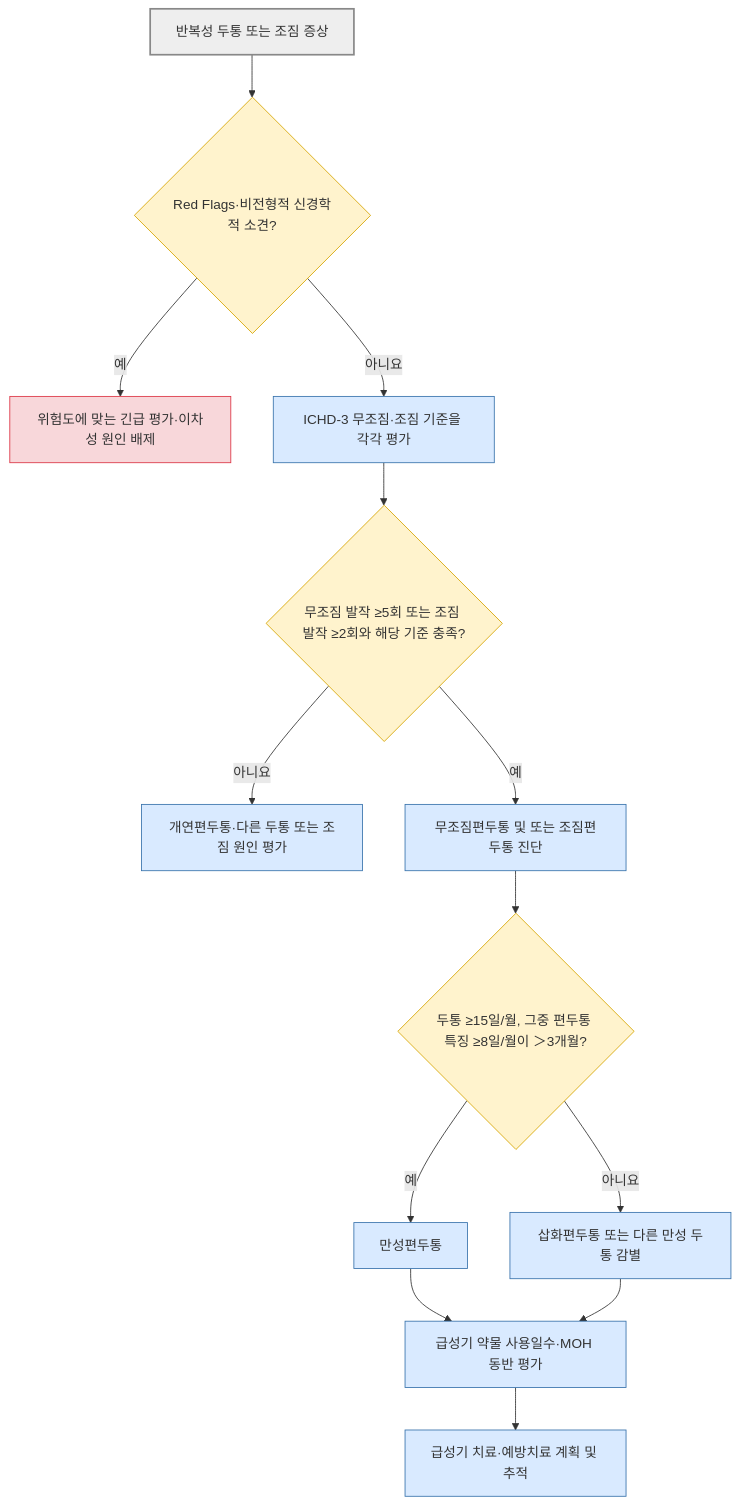
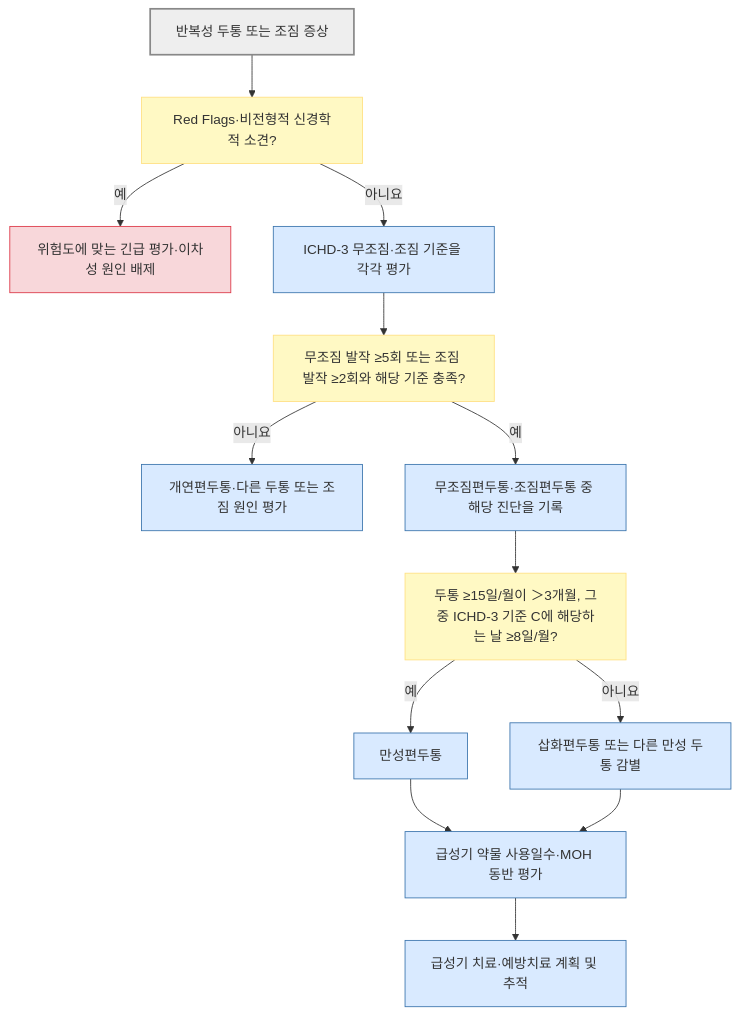
The first of 2 diagrams in 221_/016_-migraine.md (familyoh77/familyoh77), drawn with Mermaid before and after one commit. The commit also changed other lines of this file, not shown here.

````diff
--- a/221_/016_-migraine.md
+++ b/221_/016_-migraine.md
@@ -186,23 +190,22 @@
 ```mermaid
 flowchart TD
-    A["반복성 두통 또는 조짐 증상"] --> B{"Red Flags·비전형적 신경학적 소견?"}
+    A["반복성 두통 또는 조짐 증상"] --> B["Red Flags·비전형적 신경학적 소견?"]
     B -- "예" --> C["위험도에 맞는 긴급 평가·이차성 원인 배제"]
     B -- "아니요" --> D["ICHD-3 무조짐·조짐 기준을 각각 평가"]
-    D --> E{"무조짐 발작 ≥5회 또는 조짐 발작 ≥2회와 해당 기준 충족?"}
+    D --> E["무조짐 발작 ≥5회 또는 조짐 발작 ≥2회와 해당 기준 충족?"]
     E -- "아니요" --> F["개연편두통·다른 두통 또는 조짐 원인 평가"]
-    E -- "예" --> G["무조짐편두통 및 또는 조짐편두통 진단"]
-    G --> H{"두통 ≥15일/월, 그중 편두통 특징 ≥8일/월이 ＞3개월?"}
+    E -- "예" --> G["무조짐편두통·조짐편두통 중 해당 진단을 기록"]
+    G --> H["두통 ≥15일/월이 ＞3개월, 그중 ICHD-3 기준 C에 해당하는 날 ≥8일/월?"]
     H -- "예" --> I["만성편두통"]
     H -- "아니요" --> J["삽화편두통 또는 다른 만성 두통 감별"]
     I --> K["급성기 약물 사용일수·MOH 동반 평가"]
     J --> K
     K --> L["급성기 치료·예방치료 계획 및 추적"]
-    classDef start fill:#eee,stroke:#888,stroke-width:2px;
-    classDef decision fill:#fff3cd,stroke:#d6a400;
-    classDef emergency fill:#f8d7da,stroke:#dc3545;
-    classDef care fill:#d9eaff,stroke:#3973ac;
-    class A start;
-    class B,E,H decision;
-    class C emergency;
-    class D,F,G,I,J,K,L care;
+    classDef question fill:#fff9c4,stroke:#ffe082
+    classDef emergency fill:#f8d7da,stroke:#dc3545
+    classDef care fill:#d9eaff,stroke:#3973ac
+    class B,E,H question
+    class C emergency
+    class D,F,G,I,J,K,L care
+    style A fill:#eeeeee,stroke:#888888,stroke-width:2px
 ```
````
